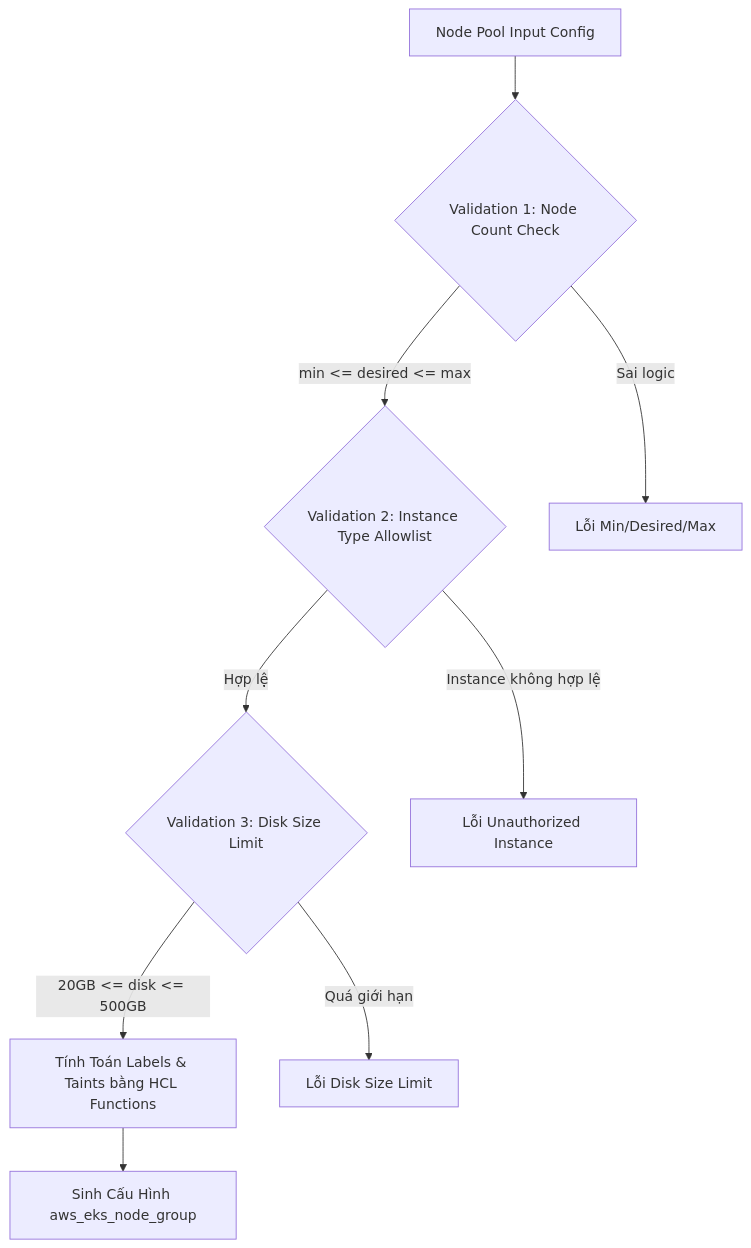
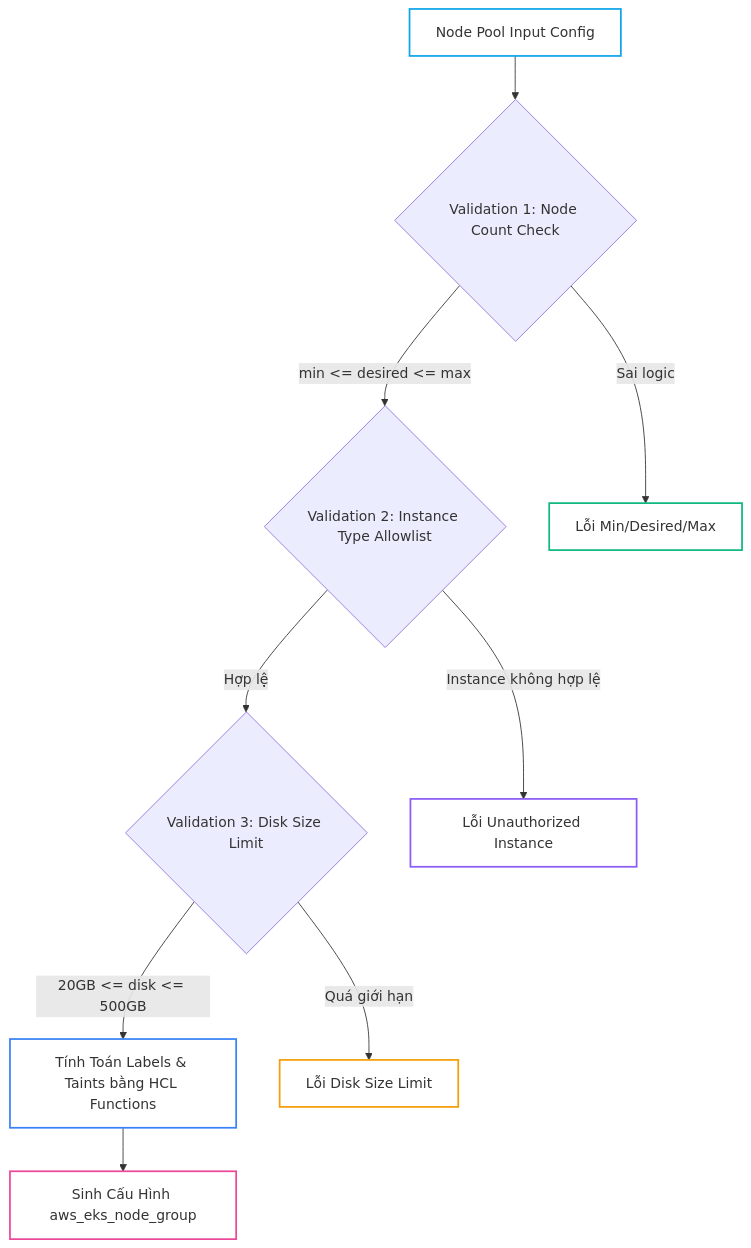
Before and after one commit to kiennt308/ntk: the fourth of 5 diagrams in _posts/2026-09-13-terraform-15-15-functions-type-constraints-va-custom-variable-validation-chuan-enterprise.md, drawn with Mermaid. The commit also changed other lines of this file and 26 other files, not shown here.

Commit message:
style(terraform): standardize presentation, complete titles & summaries, tailor tldr, and optimize lab tables & mermaid across Bài 05 to Bài 31

````diff
--- a/_posts/2026-09-13-terraform-15-15-functions-type-constraints-va-custom-variable-validation-chuan-enterprise.md
+++ b/_posts/2026-09-13-terraform-15-15-functions-type-constraints-va-custom-variable-validation-chuan-enterprise.md
@@ -420,13 +426,18 @@
 ```mermaid
 graph TD
     A["Node Pool Input Config"] --> B{Validation 1: Node Count Check}
     B -->|min <= desired <= max| C{Validation 2: Instance Type Allowlist}
     B -->|Sai logic| ERR1["Lỗi Min/Desired/Max"]
     C -->|Hợp lệ| D{Validation 3: Disk Size Limit}
     C -->|Instance không hợp lệ| ERR2["Lỗi Unauthorized Instance"]
     D -->|20GB <= disk <= 500GB| E["Tính Toán Labels & Taints bằng HCL Functions"]
     D -->|Quá giới hạn| ERR3["Lỗi Disk Size Limit"]
     E --> F["Sinh Cấu Hình aws_eks_node_group"]
 
-
+    style E fill:none,stroke:#3b82f6,stroke-width:2px
+    style A fill:none,stroke:#0ea5e9,stroke-width:2px
+    style ERR1 fill:none,stroke:#10b981,stroke-width:2px
+    style ERR3 fill:none,stroke:#f59e0b,stroke-width:2px
+    style ERR2 fill:none,stroke:#8b5cf6,stroke-width:2px
+    style F fill:none,stroke:#ec4899,stroke-width:2px
 ```
````
